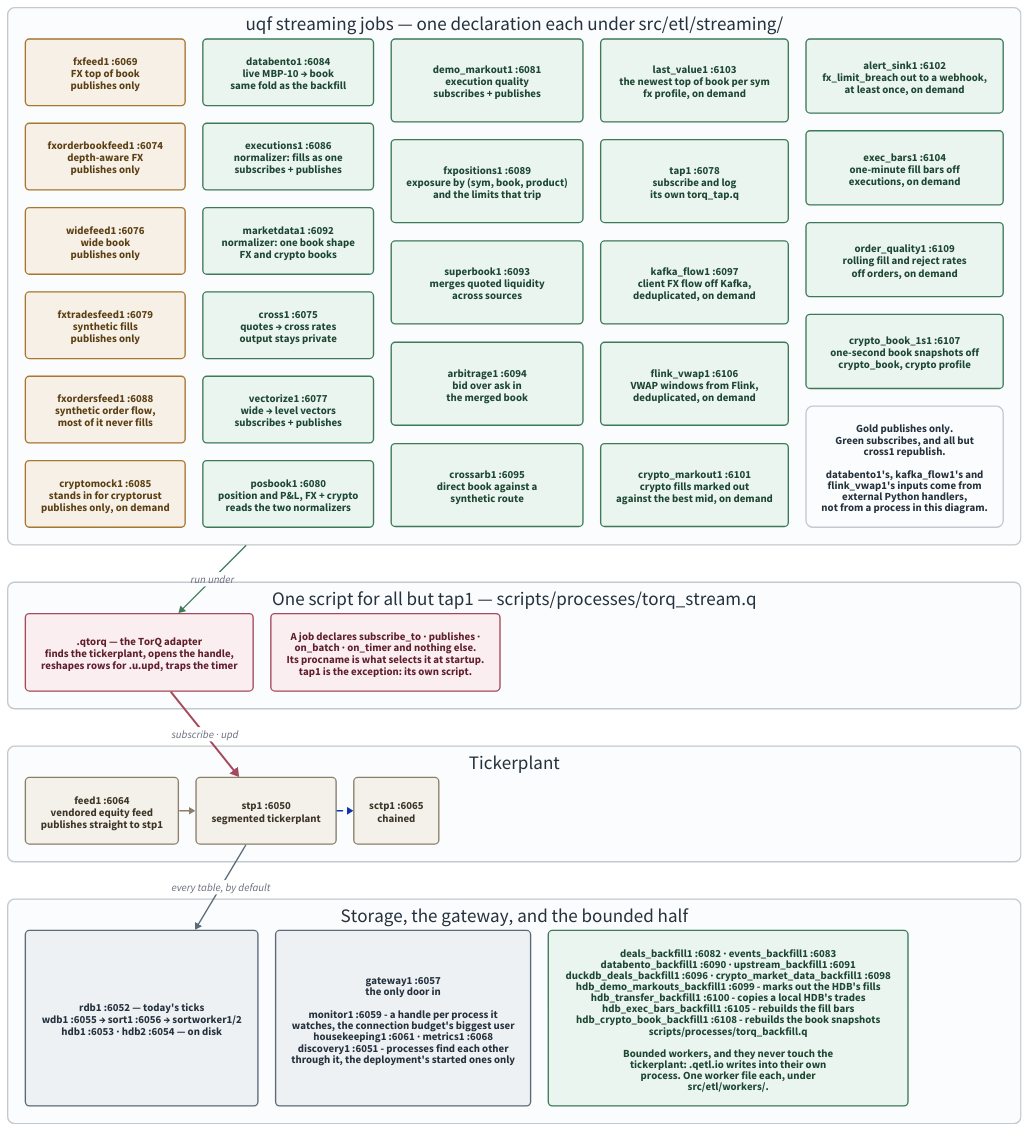
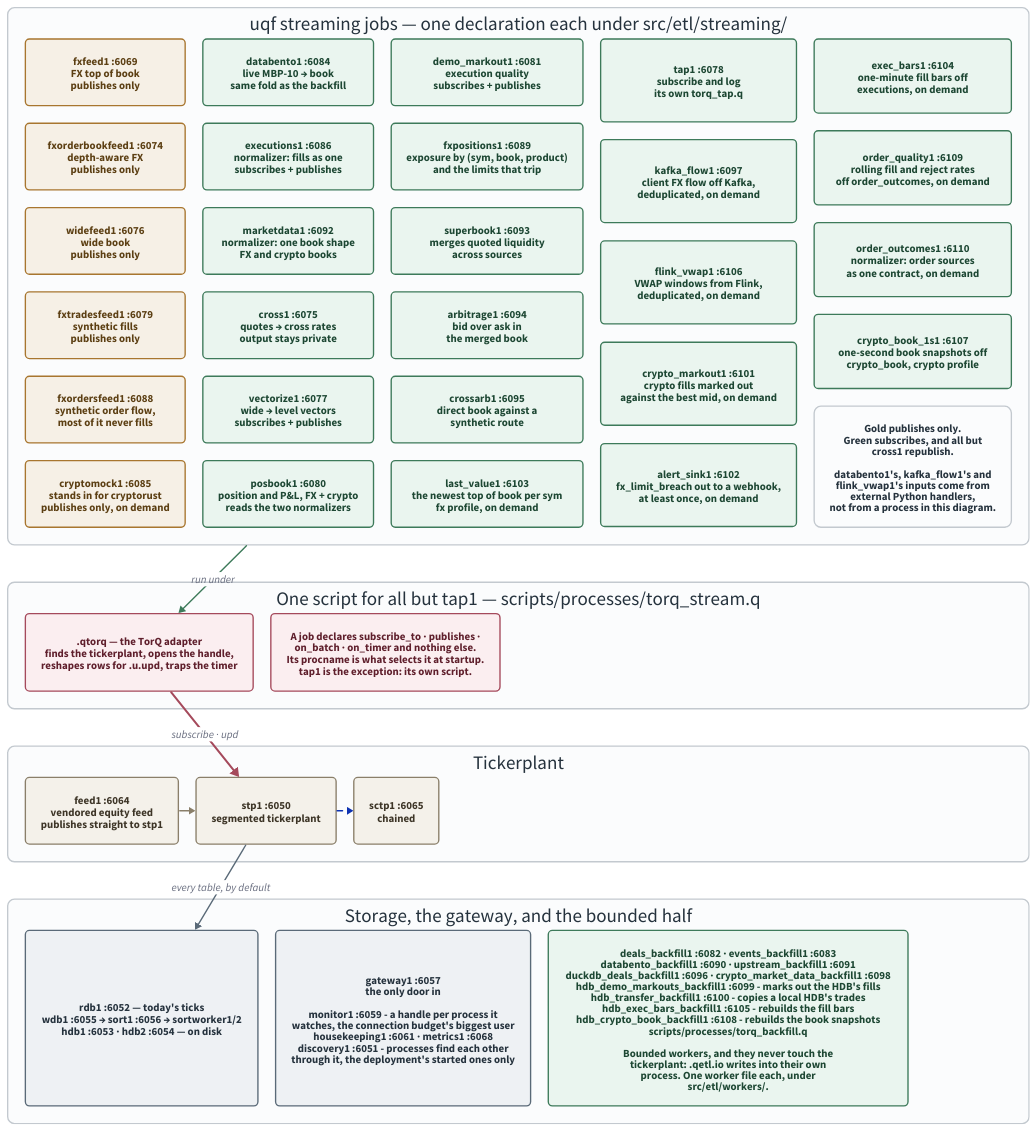
Before and after one commit to kwojdalski/uqf: the diagram in docs/diagrams/stack-topology.d2, drawn with D2. The commit also changed 26 other files, not shown here.

First line of the commit message:
Order-outcome contract: order_outcomes plant table, orders adapter, quality statistic over normalized outcomes (Part of #1396)

```diff
--- a/docs/diagrams/stack-topology.d2
+++ b/docs/diagrams/stack-topology.d2
@@ -1,173 +1,174 @@
 # stack-topology.d2 - who connects to whom over IPC in the running stack.
 #
 # Rendered by scripts/generate/render_diagrams.py, which CI runs with
 # --check. Embedded from docs/architecture/stack.md.
 #
 # Ports are the defaults at base 6050; every one is {KDBBASEPORT}+offset, so
 # a different base shifts them all together. The authority for the offsets
 # is docs/reference/processes.md, which is GENERATED from the
 # pipeline registry - if this diagram and that table disagree, the table is
 # right.
 #
 # WHAT THIS SHOWS THAT THE MERMAID VERSION DID NOT (#245).
 #
 # Every uqf streaming process but tap1 runs the SAME script. Since #204 a
 # streaming job is a declaration under src/etl/streaming/ and
 # processes/torq_stream.q is the one runner; which job a process runs is
 # decided by its procname at startup. The old diagram drew a script per
 # process, which is what the stack looked like before .qetl.job.stream and is the
 # single most misleading thing about it.
 #
 # The two connection patterns are still real and still different - publish
 # only, versus an access-listed subscribe - but a job performs neither
 # itself now. .qtorq does both on its behalf, which is why the adapter is
 # drawn between the processes and the tickerplant rather than left out.
 #
 # Backfills are on here too, and were not before. They are the other half
 # of the ETL tree and they reach the tickerplant NOT AT ALL: a bounded
 # worker writes through .qetl.io into its own process, so its rows never
 # traverse stp1. Drawing them beside the streaming jobs is the point - the
 # two halves look alike in the code and take completely different paths to
 # storage.
 
 direction: down
 
 grid-rows: 4
 grid-gap: 55
 
 vars: {
   d2-config: {
     pad: 40
   }
 }
 
 # Same palette as repo-overview.d2, so the set reads as one system: light
 # fills with dark text in both themes rather than a --dark-theme pairing,
 # which d2 still applies explicit styles over (d2lang/d2#831).
 classes: {
   feed: {
     style: {
       fill: "#f6f0e6"
       stroke: "#a8762f"
       font-color: "#5c3f13"
       border-radius: 6
     }
   }
   job: {
     style: {
       fill: "#eaf5ef"
       stroke: "#3d7a5a"
       font-color: "#1d4733"
       border-radius: 6
     }
   }
   adapter: {
     style: {
       fill: "#fbeef0"
       stroke: "#a54a5c"
       font-color: "#5f1f2c"
       border-radius: 6
     }
   }
   store: {
     style: {
       fill: "#eef1f4"
       stroke: "#5a6a78"
       font-color: "#25323d"
       border-radius: 6
     }
   }
   vendored: {
     style: {
       fill: "#f4f1ea"
       stroke: "#8a7f6a"
       font-color: "#3d3527"
       border-radius: 6
     }
   }
   band: {
     style: {
       fill: "#fbfcfd"
       stroke: "#c3c9cf"
       font-color: "#25323d"
       stroke-width: 2
       border-radius: 10
     }
   }
 }
 
 jobs: "uqf streaming jobs — one declaration each under src/etl/streaming/" {
   class: band
   grid-columns: 5
   grid-gap: 26
 
   fxfeed1: "fxfeed1 :6069\nFX top of book\npublishes only" { class: feed }
   fxorderbookfeed1: "fxorderbookfeed1 :6074\ndepth-aware FX\npublishes only" { class: feed }
   widefeed1: "widefeed1 :6076\nwide book\npublishes only" { class: feed }
   fxtradesfeed1: "fxtradesfeed1 :6079\nsynthetic fills\npublishes only" { class: feed }
   fxordersfeed1: "fxordersfeed1 :6088\nsynthetic order flow,\nmost of it never fills" { class: feed }
 
   cryptomock1: "cryptomock1 :6085\nstands in for cryptorust\npublishes only, on demand" { class: feed }
   databento1: "databento1 :6084\nlive MBP-10 → book\nsame fold as the backfill" { class: job }
   executions1: "executions1 :6086\nnormalizer: fills as one\nsubscribes + publishes" { class: job }
   marketdata1: "marketdata1 :6092\nnormalizer: one book shape\nFX and crypto books" { class: job }
 
   cross1: "cross1 :6075\nquotes → cross rates\noutput stays private" { class: job }
   vectorize1: "vectorize1 :6077\nwide → level vectors\nsubscribes + publishes" { class: job }
   posbook1: "posbook1 :6080\nposition and P&L, FX + crypto\nreads the two normalizers" { class: job }
   demo_markout1: "demo_markout1 :6081\nexecution quality\nsubscribes + publishes" { class: job }
   fxpositions1: "fxpositions1 :6089\nexposure by (sym, book, product)\nand the limits that trip" { class: job }
 
   superbook1: "superbook1 :6093\nmerges quoted liquidity\nacross sources" { class: job }
   arbitrage1: "arbitrage1 :6094\nbid over ask in\nthe merged book" { class: job }
   crossarb1: "crossarb1 :6095\ndirect book against a\nsynthetic route" { class: job }
   last_value1: "last_value1 :6103\nthe newest top of book per sym\nfx profile, on demand" { class: job }
   tap1: "tap1 :6078\nsubscribe and log\nits own torq_tap.q" { class: job }
   kafka_flow1: "kafka_flow1 :6097\nclient FX flow off Kafka,\ndeduplicated, on demand" { class: job }
   flink_vwap1: "flink_vwap1 :6106\nVWAP windows from Flink,\ndeduplicated, on demand" { class: job }
   crypto_markout1: "crypto_markout1 :6101\ncrypto fills marked out\nagainst the best mid, on demand" { class: job }
   alert_sink1: "alert_sink1 :6102\nfx_limit_breach out to a webhook,\nat least once, on demand" { class: job }
   exec_bars1: "exec_bars1 :6104\none-minute fill bars off\nexecutions, on demand" { class: job }
-  order_quality1: "order_quality1 :6109\nrolling fill and reject rates\noff orders, on demand" { class: job }
+  order_quality1: "order_quality1 :6109\nrolling fill and reject rates\noff order_outcomes, on demand" { class: job }
+  order_outcomes1: "order_outcomes1 :6110\nnormalizer: order sources\nas one contract, on demand" { class: job }
   crypto_book_1s1: "crypto_book_1s1 :6107\none-second book snapshots off\ncrypto_book, crypto profile" { class: job }
   legend: "Gold publishes only.\nGreen subscribes, and all but\ncross1 republish.\n\ndatabento1's, kafka_flow1's and\nflink_vwap1's inputs come from\nexternal Python handlers,\nnot from a process in this diagram." { class: band }
 }
 
 runner: "One script for all but tap1 — scripts/processes/torq_stream.q" {
   class: band
   grid-columns: 2
   grid-gap: 26
 
   qtorq: ".qtorq — the TorQ adapter\nfinds the tickerplant, opens the handle,\nreshapes rows for .u.upd, traps the timer" { class: adapter }
   note: "A job declares subscribe_to · publishes ·\non_batch · on_timer and nothing else.\nIts procname is what selects it at startup.\ntap1 is the exception: its own script." { class: adapter }
 }
 
 tp: "Tickerplant" {
   class: band
   grid-columns: 3
   grid-gap: 26
 
   feed1: "feed1 :6064\nvendored equity feed\npublishes straight to stp1" { class: vendored }
   stp: "stp1 :6050\nsegmented tickerplant" { class: vendored }
   sctp: "sctp1 :6065\nchained" { class: vendored }
 
   feed1 -> stp { style.stroke: "#8a7f6a" }
   stp -> sctp { style.stroke-dash: 4 }
 }
 
 downstream: "Storage, the gateway, and the bounded half" {
   class: band
   grid-columns: 3
   grid-gap: 26
 
   storage: "rdb1 :6052 — today's ticks\nwdb1 :6055 → sort1 :6056 → sortworker1/2\nhdb1 :6053 · hdb2 :6054 — on disk" { class: store }
   gw: "gateway1 :6057\nthe only door in\n\nmonitor1 :6059 - a handle per process it\nwatches, the connection budget's biggest user\nhousekeeping1 :6061 · metrics1 :6068\ndiscovery1 :6051 - processes find each other\nthrough it, the deployment's started ones only" { class: store }
   backfills: "deals_backfill1 :6082 · events_backfill1 :6083\ndatabento_backfill1 :6090 · upstream_backfill1 :6091\nduckdb_deals_backfill1 :6096 · crypto_market_data_backfill1 :6098\nhdb_demo_markouts_backfill1 :6099 - marks out the HDB's fills\nhdb_transfer_backfill1 :6100 - copies a local HDB's trades\nhdb_exec_bars_backfill1 :6105 - rebuilds the fill bars\nhdb_crypto_book_backfill1 :6108 - rebuilds the book snapshots\nscripts/processes/torq_backfill.q\n\nBounded workers, and they never touch the\ntickerplant: .qetl.io writes into their own\nprocess. One worker file each, under\nsrc/etl/workers/." { class: job }
 }
 
 jobs -> runner.qtorq: "run under" { style.stroke: "#3d7a5a" }
 runner.qtorq -> tp.stp: "subscribe · upd" {
   style.stroke: "#a54a5c"
   style.stroke-width: 3
 }
 tp.stp -> downstream.storage: "every table, by default" { style.stroke: "#5a6a78" }
```
